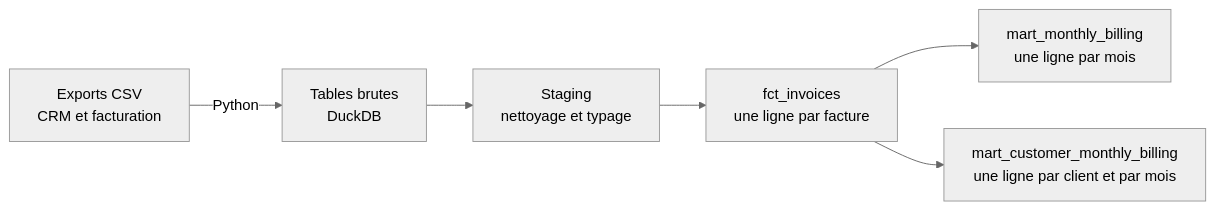
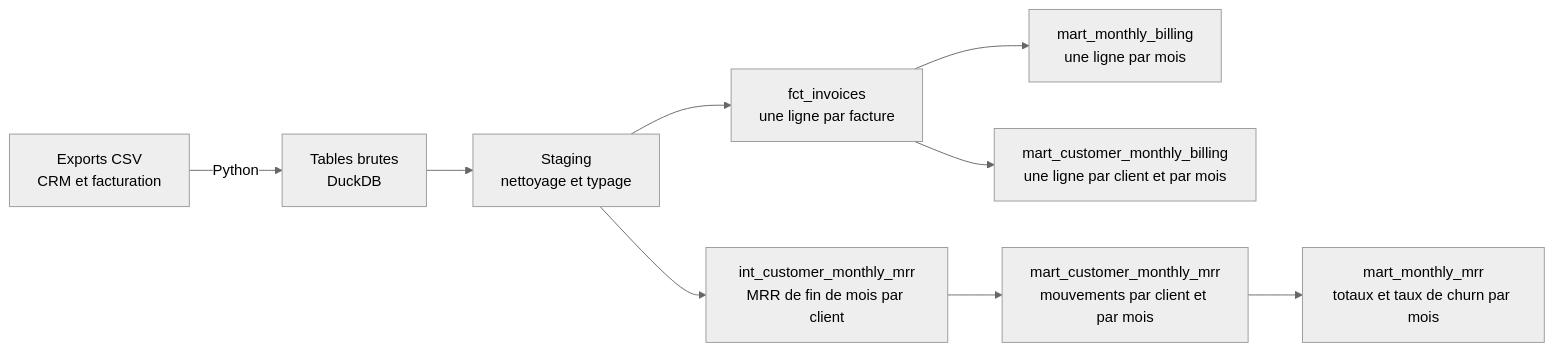
One commit to MelvinBrdt/saas-revenue-analytics changed the diagram in README.md. Above: the diagram before and after it, drawn with Mermaid (neutral theme). The commit also changed other lines of this file, not shown here.

Commit message:
docs: add MRR results and decisions to README

````diff
--- a/README.md
+++ b/README.md
@@ -60,8 +81,11 @@
 ```mermaid
 flowchart LR
     A[Exports CSV<br>CRM et facturation] -->|Python| B[Tables brutes<br>DuckDB]
     B --> C[Staging<br>nettoyage et typage]
     C --> D[fct_invoices<br>une ligne par facture]
     D --> E[mart_monthly_billing<br>une ligne par mois]
     D --> F[mart_customer_monthly_billing<br>une ligne par client et par mois]
+    C --> G[int_customer_monthly_mrr<br>MRR de fin de mois par client]
+    G --> H[mart_customer_monthly_mrr<br>mouvements par client et par mois]
+    H --> I[mart_monthly_mrr<br>totaux et taux de churn par mois]
 ```
````
